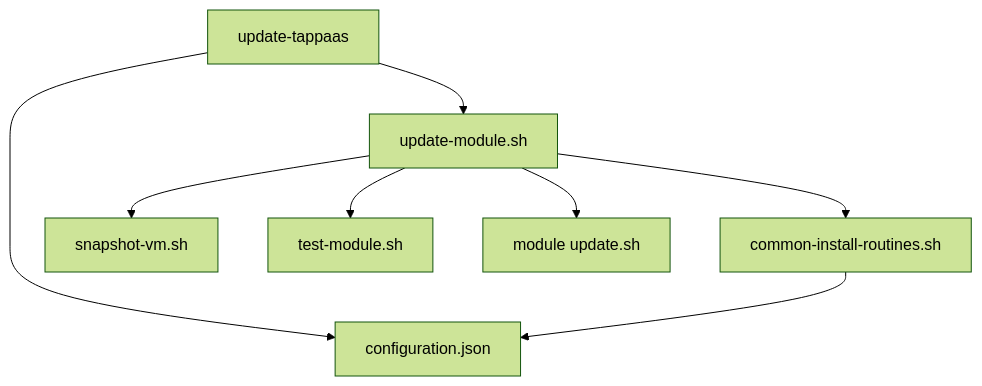
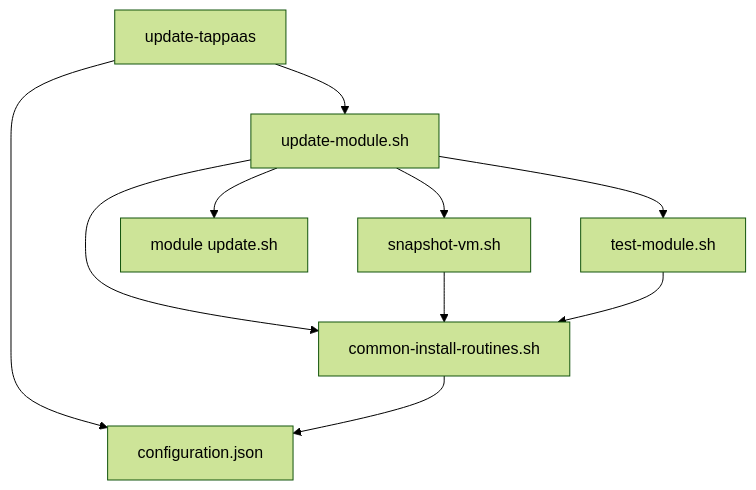
Before and after one commit to TAPPaaS/TAPPaaS: the fifth of 13 diagrams in src/foundation/DEPENDENCIES.md, drawn with Mermaid (forest theme). The commit also changed other lines of this file and 11 other files, not shown here.

````diff
--- a/src/foundation/DEPENDENCIES.md
+++ b/src/foundation/DEPENDENCIES.md
@@ -176,10 +234,12 @@
 ```mermaid
 graph TD
     A["update-tappaas"] --> B["configuration.json"]
     A --> C["update-module.sh"]
     C --> D["common-install-routines.sh"]
     C --> E["snapshot-vm.sh"]
     C --> F["test-module.sh"]
     C --> G["module update.sh"]
     D --> B
+    E --> D
+    F --> D
 ```
````
